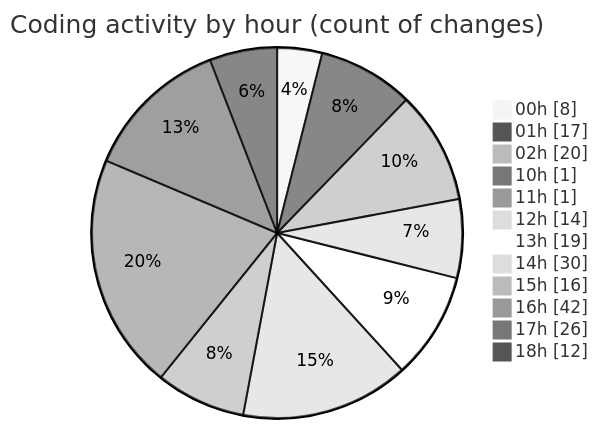
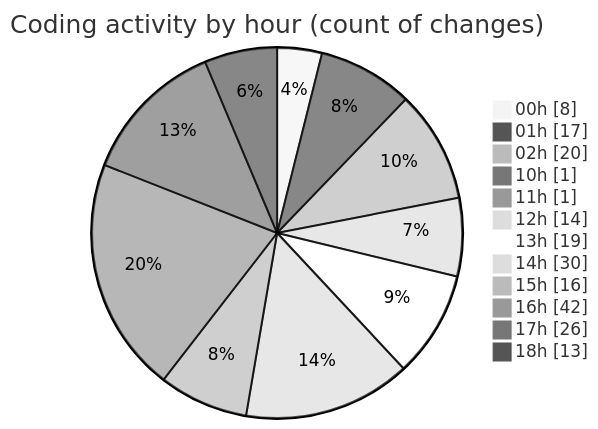
The second of 2 diagrams in 2025-05-02/niten/README.md (Elitesun/code-tracking), drawn with Mermaid (neutral theme) before and after one commit. The commit also changed other lines of this file and 1 other file, not shown here.

````diff
--- a/2025-05-02/niten/README.md
+++ b/2025-05-02/niten/README.md
@@ -81,16 +81,16 @@
 ```mermaid
 pie showData
 title Coding activity by hour (count of changes)
 "00h" : 8
 "01h" : 17
 "02h" : 20
 "10h" : 1
 "11h" : 1
 "12h" : 14
 "13h" : 19
 "14h" : 30
 "15h" : 16
 "16h" : 42
 "17h" : 26
-"18h" : 12
+"18h" : 13
 ```
````
